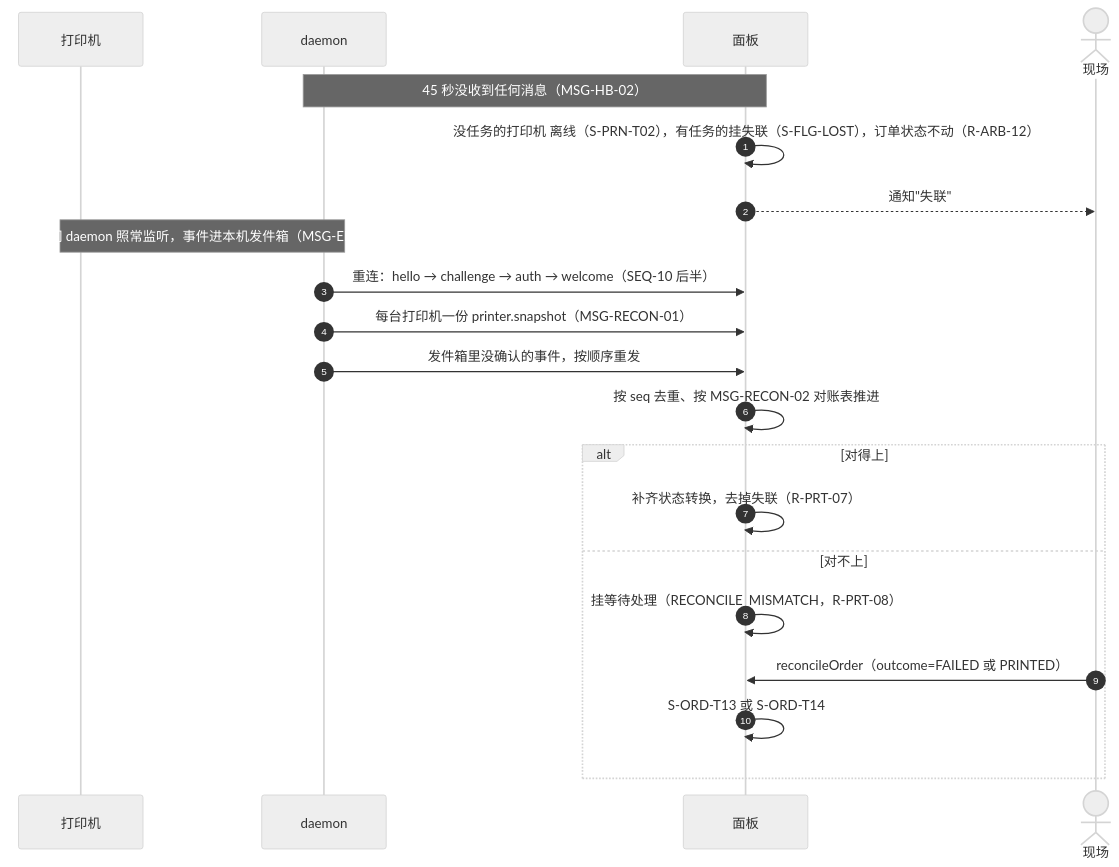
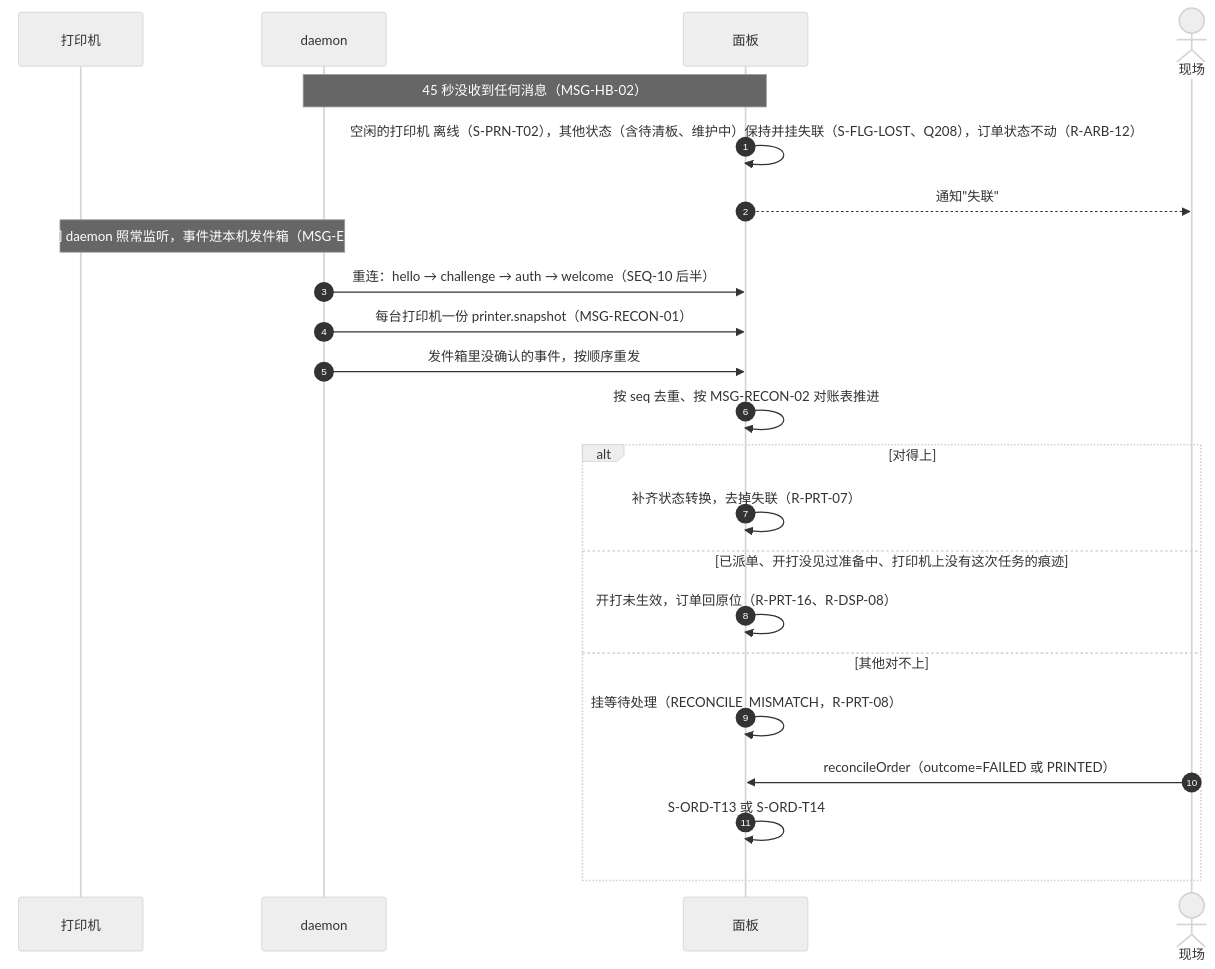
Before and after one commit to PlateRelay/PlateRelay: the sixth of 11 diagrams in docs/design/03-sequences.md, drawn with Mermaid (neutral theme). The commit also changed other lines of this file, not shown here.

First line of the commit message:
docs(design): align sequences with command lock and trace-reconcile decisions

````diff
--- a/docs/design/03-sequences.md
+++ b/docs/design/03-sequences.md
@@ -273,23 +238,25 @@
 ```mermaid
 sequenceDiagram
   autonumber
   participant R as 打印机
   participant D as daemon
   participant P as 面板
   actor S as 现场
   Note over D,P: 45 秒没收到任何消息（MSG-HB-02）
-  P->>P: 没任务的打印机 离线（S-PRN-T02），有任务的挂失联（S-FLG-LOST），订单状态不动（R-ARB-12）
+  P->>P: 空闲的打印机 离线（S-PRN-T02），其他状态（含待清板、维护中）保持并挂失联（S-FLG-LOST、Q208），订单状态不动（R-ARB-12）
   P-->>S: 通知"失联"
   Note over R,D: 断线期间 daemon 照常监听，事件进本机发件箱（MSG-ENV-03）
   D->>P: 重连：hello → challenge → auth → welcome（SEQ-10 后半）
   D->>P: 每台打印机一份 printer.snapshot（MSG-RECON-01）
   D->>P: 发件箱里没确认的事件，按顺序重发
   P->>P: 按 seq 去重、按 MSG-RECON-02 对账表推进
   alt 对得上
     P->>P: 补齐状态转换，去掉失联（R-PRT-07）
-  else 对不上
+  else 已派单、开打没见过准备中、打印机上没有这次任务的痕迹
+    P->>P: 开打未生效，订单回原位（R-PRT-16、R-DSP-08）
+  else 其他对不上
     P->>P: 挂等待处理（RECONCILE_MISMATCH，R-PRT-08）
     S->>P: reconcileOrder（outcome=FAILED 或 PRINTED）
     P->>P: S-ORD-T13 或 S-ORD-T14
   end
 ```
````
